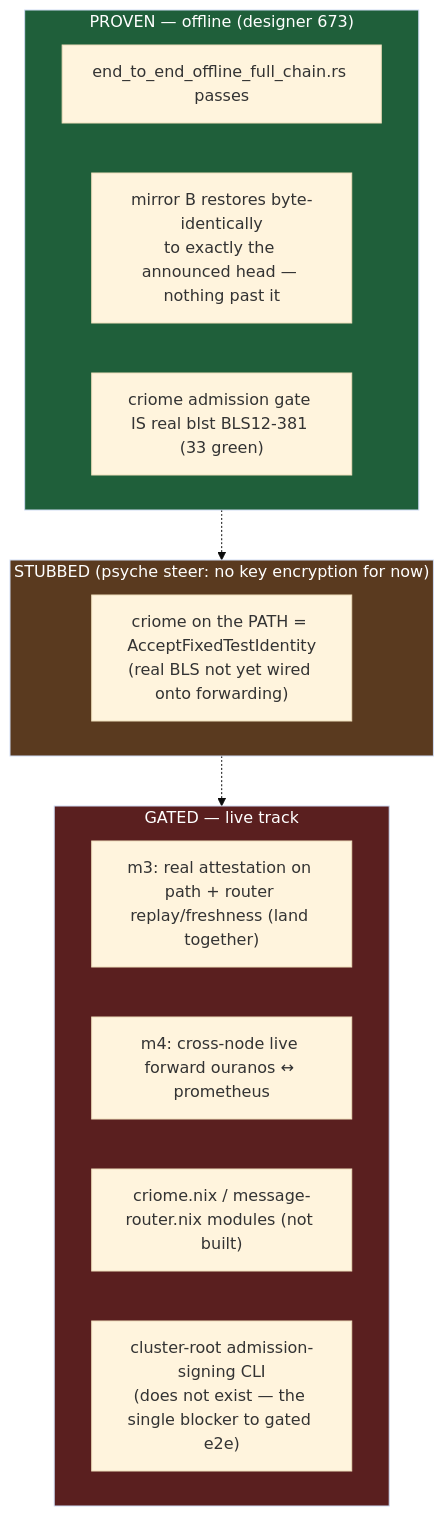
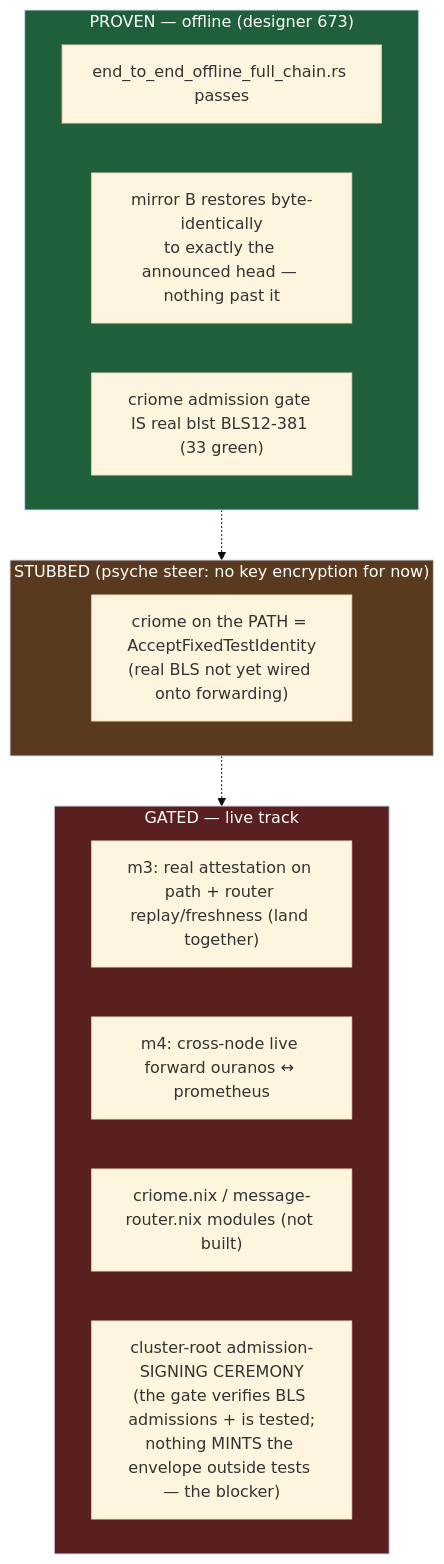
The tenth of 13 diagrams in reports/designer/675-system-with-perspective/6-system-map.md (LiGoldragon/primary), drawn with Mermaid (base theme) before and after one commit. The commit also changed other lines of this file and 1 other file, not shown here.

Commit message:
designer: 675 fix — cluster-root admission GATE exists+tested; only the admission-signing ceremony is missing (verify operator correction against criome admission.rs)

````diff
--- a/reports/designer/675-system-with-perspective/6-system-map.md
+++ b/reports/designer/675-system-with-perspective/6-system-map.md
@@ -436,21 +436,21 @@
 ```mermaid
 flowchart TB
   subgraph proven["PROVEN — offline (designer 673)"]
     P1["end_to_end_offline_full_chain.rs passes"]
     P2["mirror B restores byte-identically<br/>to exactly the announced head — nothing past it"]
     P3["criome admission gate IS real blst BLS12-381 (33 green)"]
   end
   subgraph stub["STUBBED (psyche steer: no key encryption for now)"]
     S1["criome on the PATH = AcceptFixedTestIdentity<br/>(real BLS not yet wired onto forwarding)"]
   end
   subgraph gated["GATED — live track"]
     G1["m3: real attestation on path + router replay/freshness (land together)"]
     G2["m4: cross-node live forward ouranos ↔ prometheus"]
     G3["criome.nix / message-router.nix modules (not built)"]
-    G4["cluster-root admission-signing CLI<br/>(does not exist — the single blocker to gated e2e)"]
+    G4["cluster-root admission-SIGNING CEREMONY<br/>(the gate verifies BLS admissions + is tested;<br/>nothing MINTS the envelope outside tests — the blocker)"]
   end
   proven -.-> stub -.-> gated
   style proven fill:#1f5f3a,color:#fff
   style stub fill:#5a3a1f,color:#fff
   style gated fill:#5a1f1f,color:#fff
 ```
````
